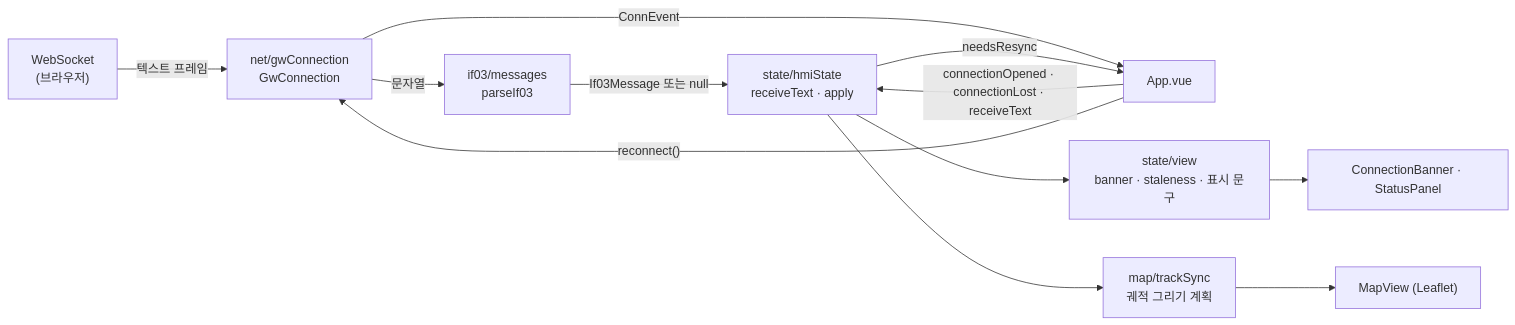
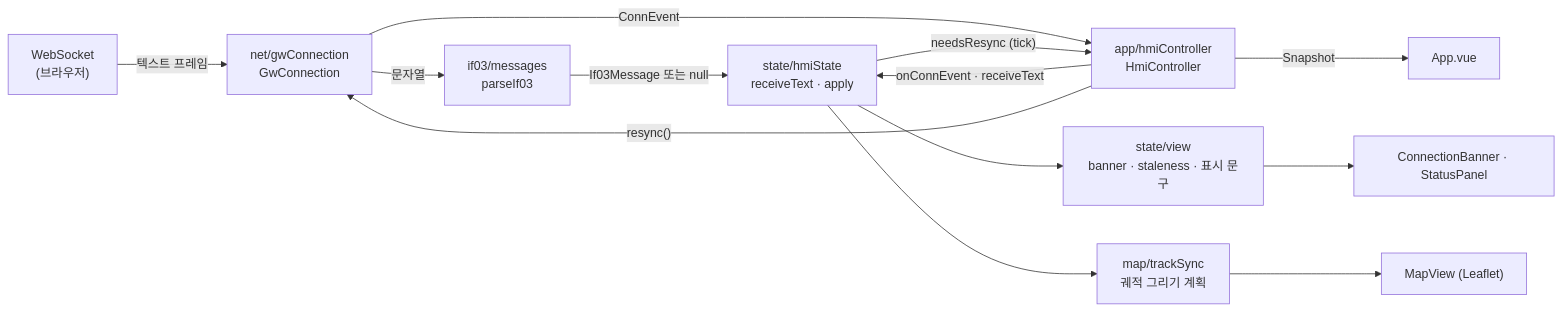
The fifth of 6 diagrams in docs/03_SDD.md (PuniPaw/ugv-control-hmi), drawn with Mermaid before and after one commit. The commit also changed other lines of this file and 5 other files, not shown here.

````diff
--- a/docs/03_SDD.md
+++ b/docs/03_SDD.md
@@ -188,14 +189,15 @@
 ```mermaid
 flowchart LR
     WS["WebSocket<br/>(브라우저)"] -->|텍스트 프레임| CONN["net/gwConnection<br/>GwConnection"]
     CONN -->|문자열| PARSE["if03/messages<br/>parseIf03"]
     PARSE -->|If03Message 또는 null| STATE["state/hmiState<br/>receiveText · apply"]
-    CONN -->|"ConnEvent"| APP["App.vue"]
-    APP -->|"connectionOpened · connectionLost · receiveText"| STATE
-    STATE -->|"needsResync"| APP
-    APP -->|"reconnect()"| CONN
+    CONN -->|"ConnEvent"| CTRL["app/hmiController<br/>HmiController"]
+    CTRL -->|"onConnEvent · receiveText"| STATE
+    STATE -->|"needsResync (tick)"| CTRL
+    CTRL -->|"resync()"| CONN
+    CTRL -->|Snapshot| APP["App.vue"]
     STATE --> VIEW["state/view<br/>banner · staleness · 표시 문구"]
     STATE --> SYNC["map/trackSync<br/>궤적 그리기 계획"]
     VIEW --> UI["ConnectionBanner · StatusPanel"]
     SYNC --> MAP["MapView (Leaflet)"]
 ```
````
